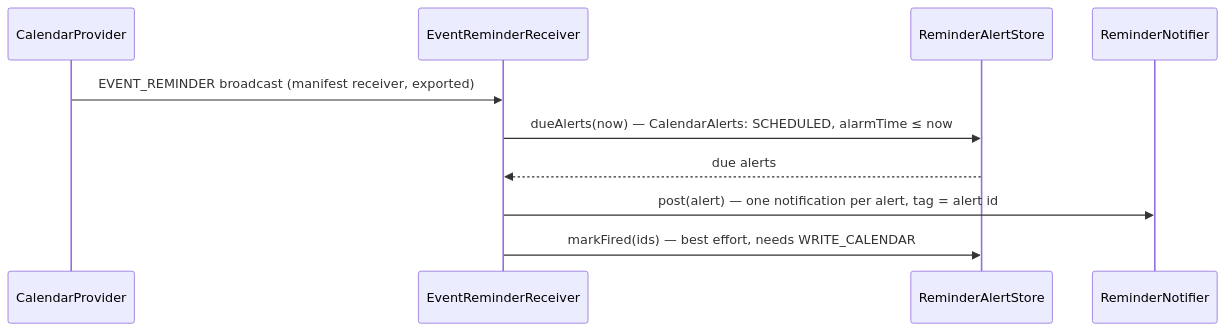
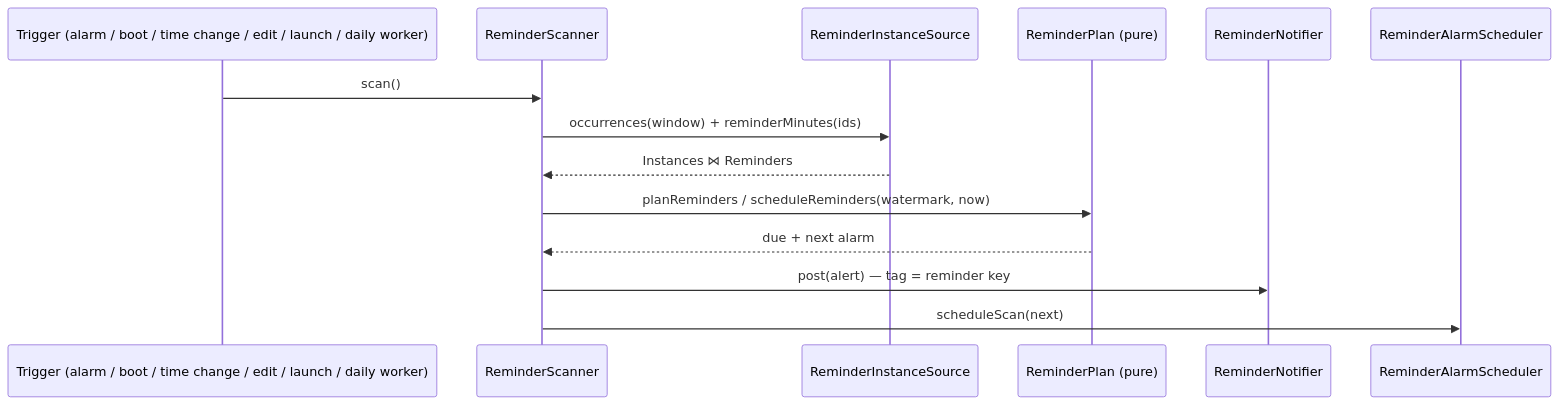
One commit to Shiho-Patch/Calendula changed the second of 2 diagrams in docs/ARCHITECTURE.md. Above: the diagram before and after it, drawn with Mermaid. The commit also changed other lines of this file and 104 other files, not shown here.

Commit message:
2.17.0: reminders Calendula delivers itself, one visibility model, and a Settings you can navigate (#108)

````diff
--- a/docs/ARCHITECTURE.md
+++ b/docs/ARCHITECTURE.md
@@ -150,12 +153,16 @@
 ```mermaid
 sequenceDiagram
-    participant P as CalendarProvider
-    participant R as EventReminderReceiver
-    participant S as ReminderAlertStore
+    participant T as Trigger (alarm / boot / time change / edit / launch / daily worker)
+    participant Sc as ReminderScanner
+    participant Src as ReminderInstanceSource
+    participant P as ReminderPlan (pure)
     participant N as ReminderNotifier
-    P->>R: EVENT_REMINDER broadcast (manifest receiver, exported)
-    R->>S: dueAlerts(now) — CalendarAlerts: SCHEDULED, alarmTime ≤ now
-    S-->>R: due alerts
-    R->>N: post(alert) — one notification per alert, tag = alert id
-    R->>S: markFired(ids) — best effort, needs WRITE_CALENDAR
+    participant A as ReminderAlarmScheduler
+    T->>Sc: scan()
+    Sc->>Src: occurrences(window) + reminderMinutes(ids)
+    Src-->>Sc: Instances ⋈ Reminders
+    Sc->>P: planReminders / scheduleReminders(watermark, now)
+    P-->>Sc: due + next alarm
+    Sc->>N: post(alert) — tag = reminder key
+    Sc->>A: scheduleScan(next)
 ```
````
